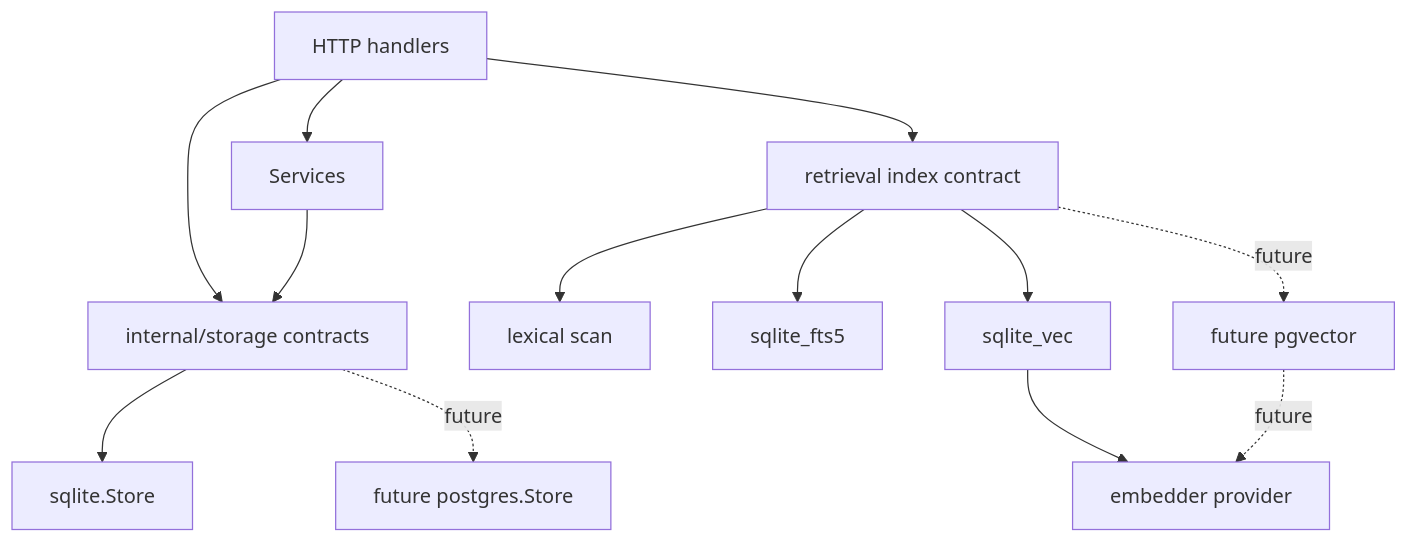
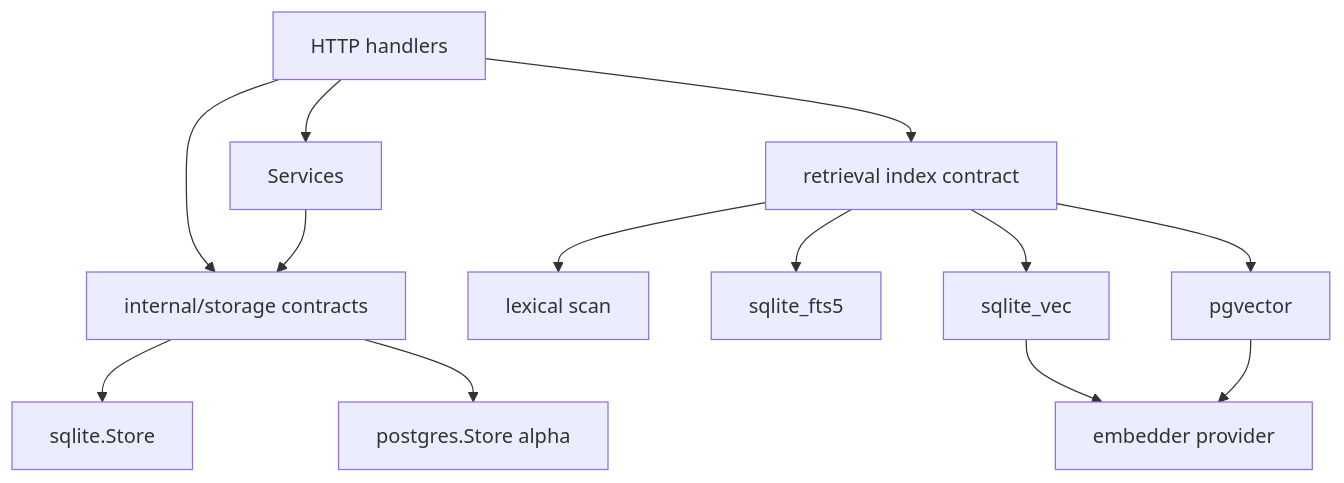
Before and after one commit to avelrl/llama_shim: the second of 2 diagrams in docs/v3-storage-retrieval-backends.md, drawn with Mermaid. The commit also changed other lines of this file and 23 other files, not shown here.

Commit message:
feat: add postgres pgvector retrieval alpha

````diff
--- a/docs/v3-storage-retrieval-backends.md
+++ b/docs/v3-storage-retrieval-backends.md
@@ -91,28 +102,28 @@
 ```mermaid
 flowchart TB
   routes["HTTP handlers"]
   services["Services"]
   storageContracts["internal/storage contracts"]
   sqliteStore["sqlite.Store"]
-  futurePg["future postgres.Store"]
+  pgStore["postgres.Store alpha"]
   retrievalIndex["retrieval index contract"]
   lexical["lexical scan"]
   fts5["sqlite_fts5"]
   sqliteVec["sqlite_vec"]
-  futurePgVector["future pgvector"]
+  pgVector["pgvector"]
   embedder["embedder provider"]
 
   routes --> services
   routes --> storageContracts
   services --> storageContracts
   storageContracts --> sqliteStore
-  storageContracts -. future .-> futurePg
+  storageContracts --> pgStore
 
   routes --> retrievalIndex
   retrievalIndex --> lexical
   retrievalIndex --> fts5
   retrievalIndex --> sqliteVec
-  retrievalIndex -. future .-> futurePgVector
+  retrievalIndex --> pgVector
   sqliteVec --> embedder
-  futurePgVector -. future .-> embedder
+  pgVector --> embedder
 ```
````
